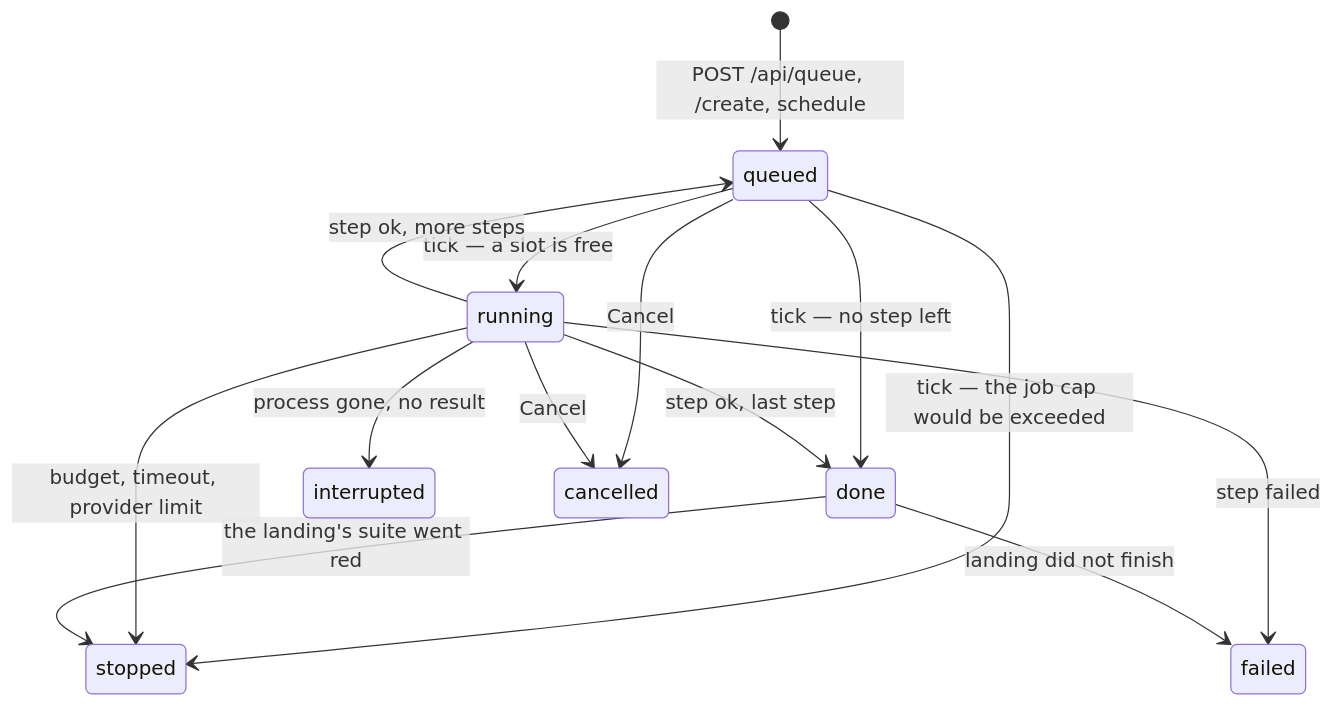
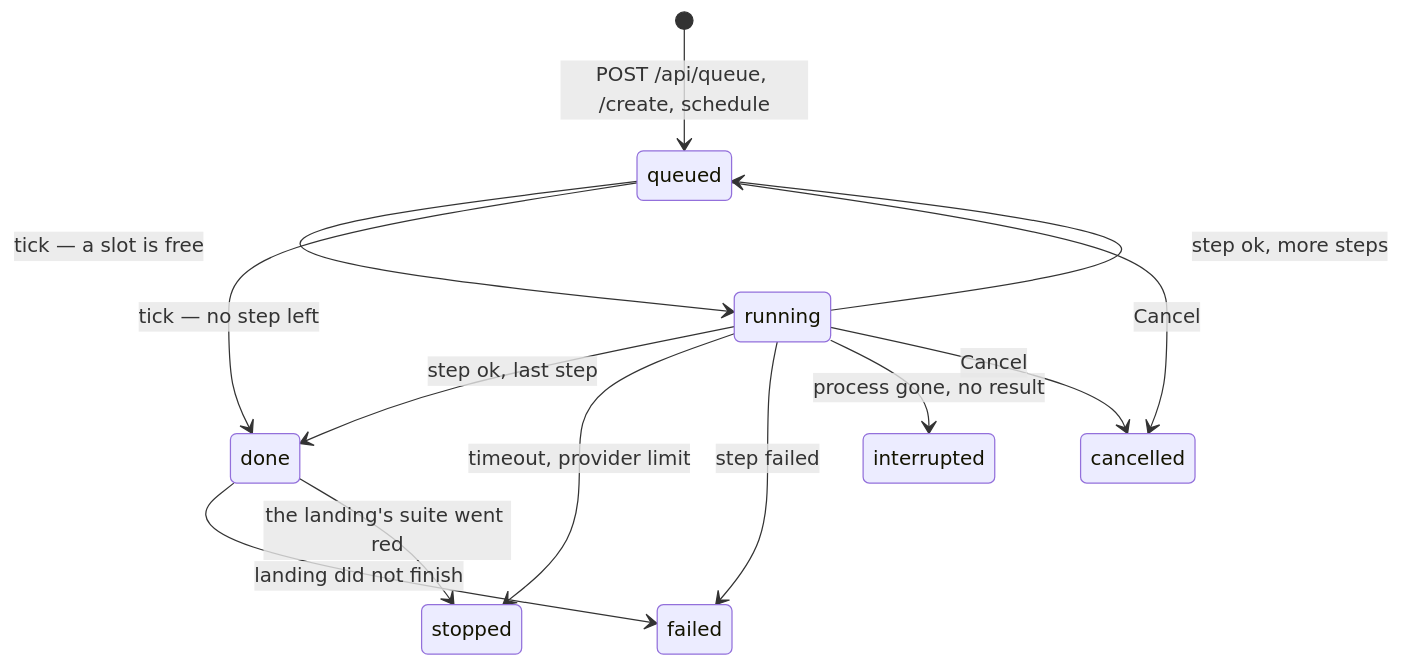
The diagram in dashboard/docs/job-states.md (ragnarwestad/aide), drawn with Mermaid before and after one commit. The commit also changed other lines of this file and 129 other files, not shown here.

````diff
--- a/dashboard/docs/job-states.md
+++ b/dashboard/docs/job-states.md
@@ -40,16 +40,15 @@
 ```mermaid
 stateDiagram-v2
     [*] --> queued: POST /api/queue, /create, schedule
     queued --> running: tick — a slot is free
-    queued --> stopped: tick — the job cap would be exceeded
     queued --> done: tick — no step left
     running --> queued: step ok, more steps
     running --> done: step ok, last step
-    running --> stopped: budget, timeout, provider limit
+    running --> stopped: timeout, provider limit
     running --> failed: step failed
     running --> interrupted: process gone, no result
     done --> failed: landing did not finish
     done --> stopped: the landing's suite went red
     queued --> cancelled: Cancel
     running --> cancelled: Cancel
 ```
````
